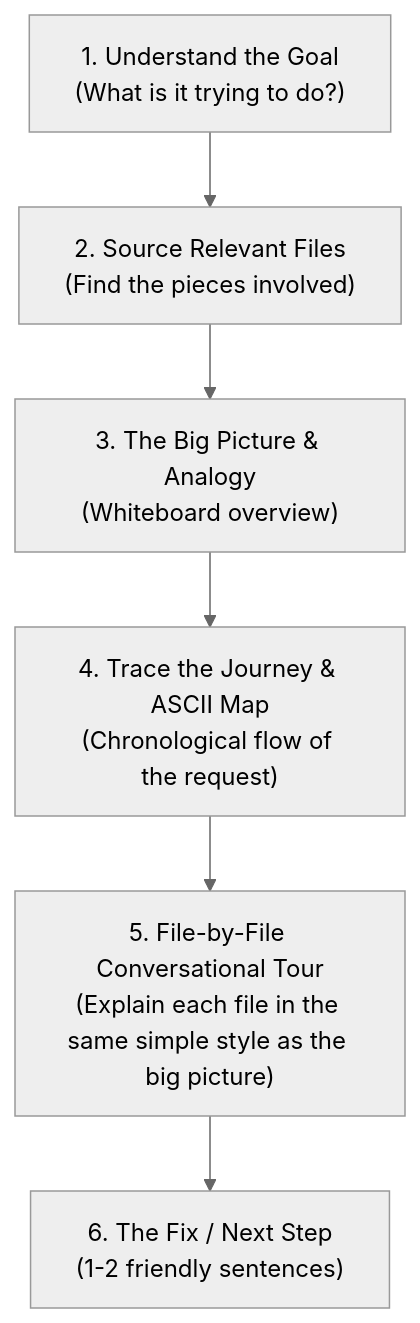
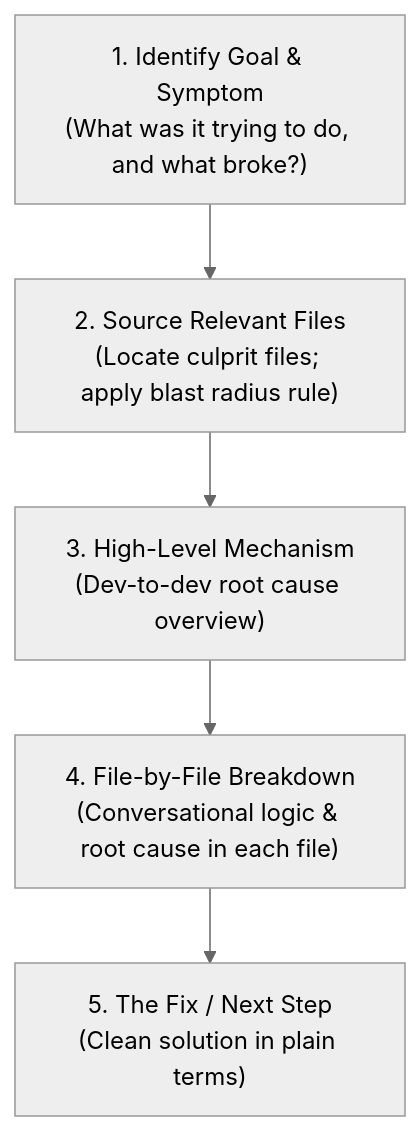
The diagram in tech-explainer/SKILL.md (sundaram2021/my-skills), drawn with Mermaid (neutral theme) before and after one commit. The commit also changed other lines of this file, not shown here.

First line of the commit message:
refactor(tech-explainer): shift to dev-to-dev conversational tone

````diff
--- a/tech-explainer/SKILL.md
+++ b/tech-explainer/SKILL.md
@@ -49,8 +44,7 @@
 ```mermaid
 flowchart TD
-    A["1. Understand the Goal<br/>(What is it trying to do?)"] --> B["2. Source Relevant Files<br/>(Find the pieces involved)"]
-    B --> C["3. The Big Picture & Analogy<br/>(Whiteboard overview)"]
-    C --> D["4. Trace the Journey & ASCII Map<br/>(Chronological flow of the request)"]
-    D --> E["5. File-by-File Conversational Tour<br/>(Explain each file in the same simple style as the big picture)"]
-    E --> F["6. The Fix / Next Step<br/>(1-2 friendly sentences)"]
+    A["1. Identify Goal & Symptom<br/>(What was it trying to do, and what broke?)"] --> B["2. Source Relevant Files<br/>(Locate culprit files; apply blast radius rule)"]
+    B --> C["3. High-Level Mechanism<br/>(Dev-to-dev root cause overview)"]
+    C --> D["4. File-by-File Breakdown<br/>(Conversational logic & root cause in each file)"]
+    D --> E["5. The Fix / Next Step<br/>(Clean solution in plain terms)"]
 ```
````
